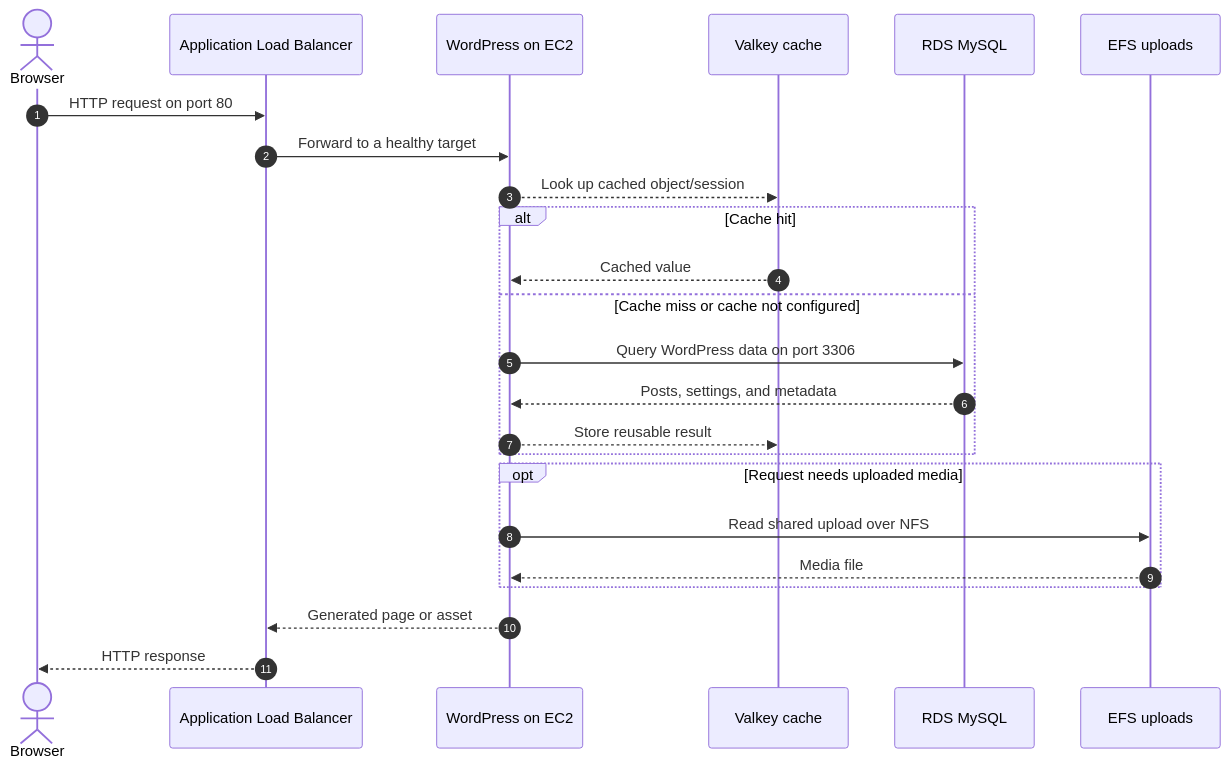
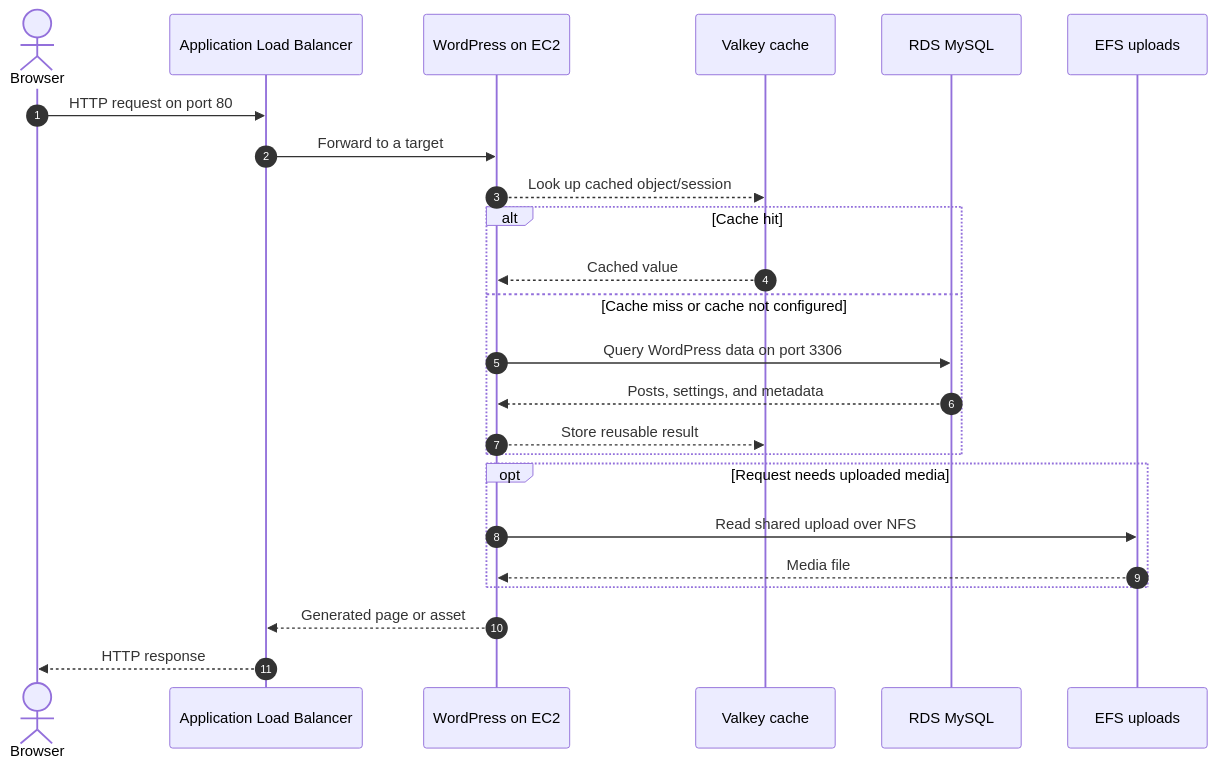
The diagram in diagrams/request-flow.mmd (Breno30/scalable-wordpress), drawn with Mermaid before and after one commit.

Commit message:
request flow

```diff
--- a/diagrams/request-flow.mmd
+++ b/diagrams/request-flow.mmd
@@ -1,25 +1,25 @@
 sequenceDiagram
     autonumber
     actor User as Browser
     participant ALB as Application Load Balancer
     participant WP as WordPress on EC2
     participant Cache as Valkey cache
     participant DB as RDS MySQL
     participant EFS as EFS uploads
 
     User->>ALB: HTTP request on port 80
-    ALB->>WP: Forward to a healthy target
+    ALB->>WP: Forward to a target
     WP-->>Cache: Look up cached object/session
     alt Cache hit
         Cache-->>WP: Cached value
     else Cache miss or cache not configured
         WP->>DB: Query WordPress data on port 3306
         DB-->>WP: Posts, settings, and metadata
         WP-->>Cache: Store reusable result
     end
     opt Request needs uploaded media
         WP->>EFS: Read shared upload over NFS
         EFS-->>WP: Media file
     end
     WP-->>ALB: Generated page or asset
     ALB-->>User: HTTP response
```
